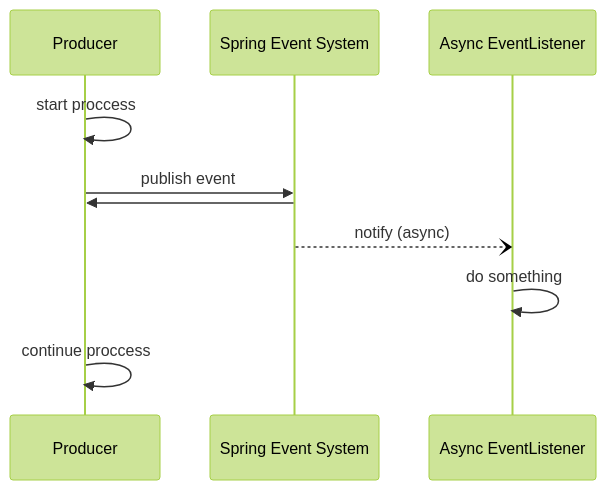
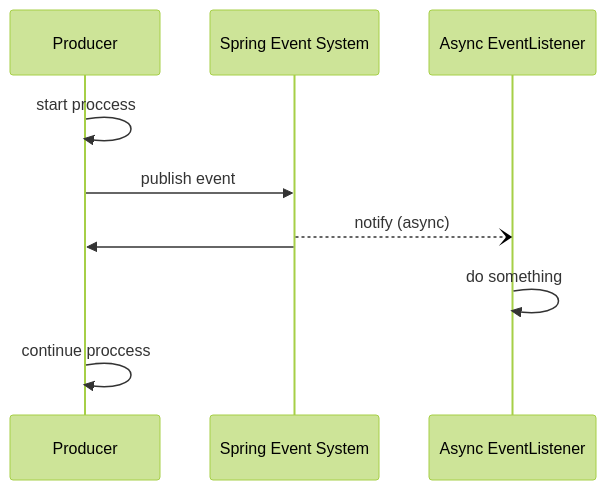
One commit to godisren/edd-spring-modulith-event changed the third of 12 diagrams in slide/edd-slide.md. Above: the diagram before and after it, drawn with Mermaid (forest theme). The commit also changed other lines of this file and 3 other files, not shown here.

````diff
--- a/slide/edd-slide.md
+++ b/slide/edd-slide.md
@@ -316,14 +318,14 @@
 ```mermaid
 sequenceDiagram
     participant Producer
     participant Broker as Spring Event System
     participant EventListener as Async EventListener
 
     Producer->>Producer : start proccess
     Producer->>Broker: publish event
+    Broker--)EventListener: notify (async)
     Broker->>Producer: 
-    Broker--)EventListener: notify (async)
     EventListener->>EventListener: do something
     Producer->>Producer : continue proccess
 
 ```
````
